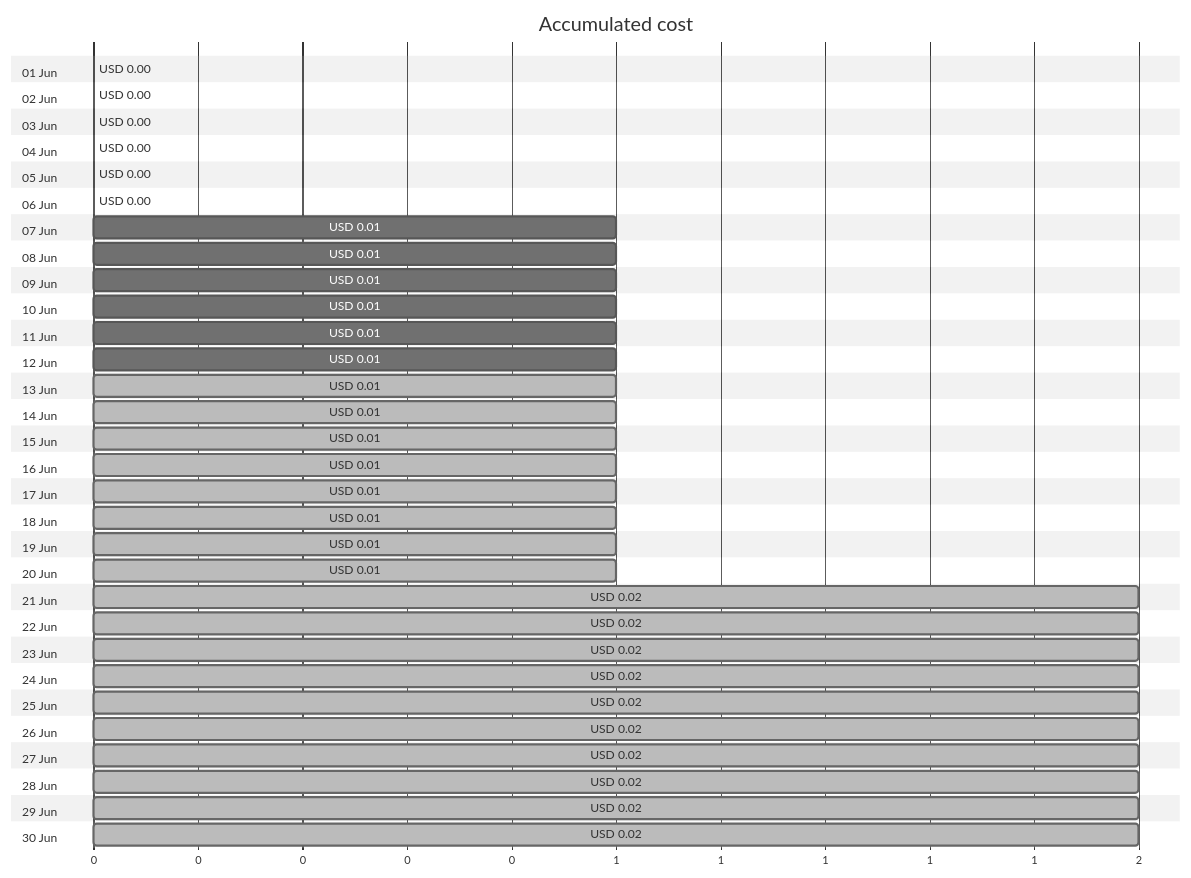
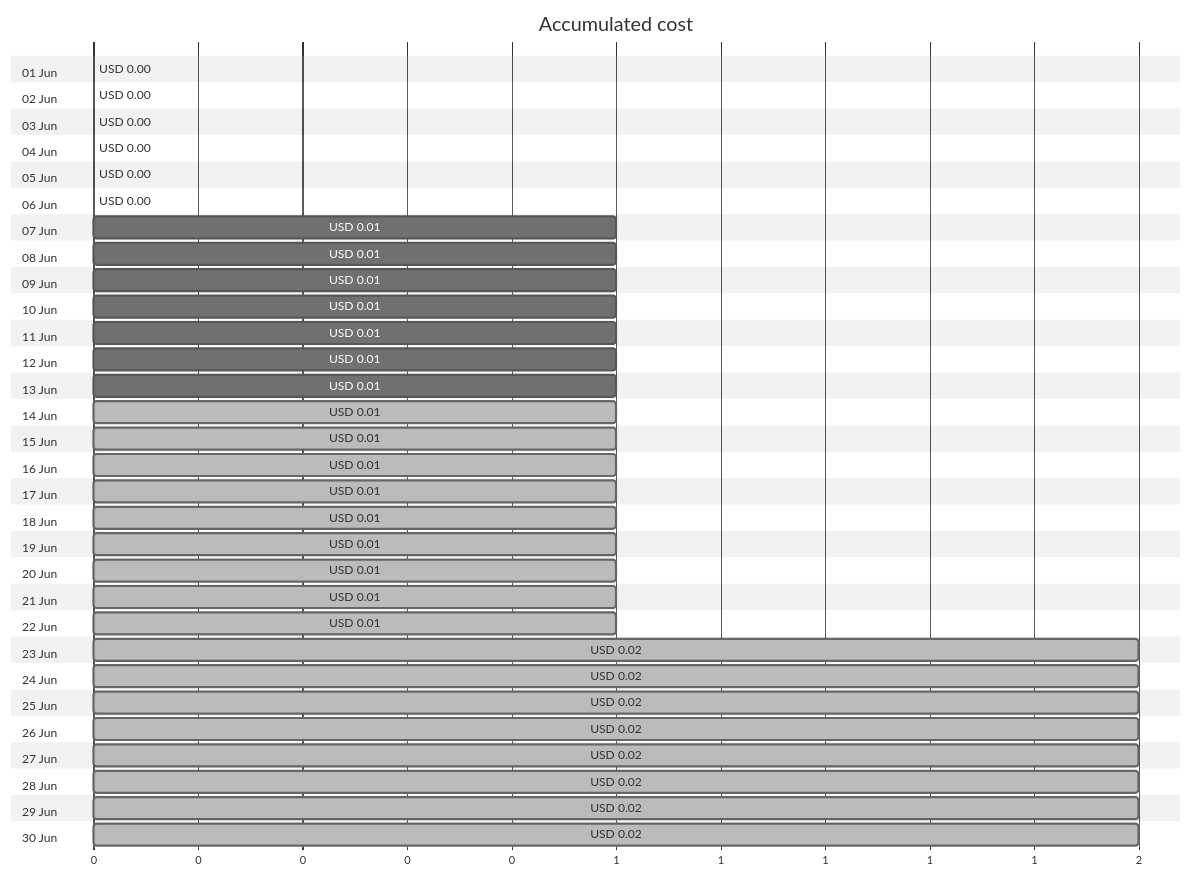
The first of 4 diagrams in cost-reports/personal-site/personalsiteapistorage.md (jpfulton/azure-personal-reports), drawn with Mermaid (neutral theme) before and after one commit. The commit also changed other lines of this file and 6 other files, not shown here.

````diff
--- a/cost-reports/personal-site/personalsiteapistorage.md
+++ b/cost-reports/personal-site/personalsiteapistorage.md
@@ -20,66 +20,66 @@
 ```mermaid
 gantt
    title Accumulated cost
    dateFormat  X
    axisFormat %s
    section 01 Jun
    USD 0.00 :0, 0
    section 02 Jun
    USD 0.00 :0, 0
    section 03 Jun
    USD 0.00 :0, 0
    section 04 Jun
    USD 0.00 :0, 0
    section 05 Jun
    USD 0.00 :0, 0
    section 06 Jun
    USD 0.00 :0, 0
    section 07 Jun
    USD 0.01 :0, 1
    section 08 Jun
    USD 0.01 :0, 1
    section 09 Jun
    USD 0.01 :0, 1
    section 10 Jun
    USD 0.01 :0, 1
    section 11 Jun
    USD 0.01 :0, 1
    section 12 Jun
    USD 0.01 :0, 1
    section 13 Jun
-   USD 0.01 : done, 0, 1
+   USD 0.01 :0, 1
    section 14 Jun
    USD 0.01 : done, 0, 1
    section 15 Jun
    USD 0.01 : done, 0, 1
    section 16 Jun
    USD 0.01 : done, 0, 1
    section 17 Jun
    USD 0.01 : done, 0, 1
    section 18 Jun
    USD 0.01 : done, 0, 1
    section 19 Jun
    USD 0.01 : done, 0, 1
    section 20 Jun
    USD 0.01 : done, 0, 1
    section 21 Jun
-   USD 0.02 : done, 0, 2
+   USD 0.01 : done, 0, 1
    section 22 Jun
-   USD 0.02 : done, 0, 2
+   USD 0.01 : done, 0, 1
    section 23 Jun
    USD 0.02 : done, 0, 2
    section 24 Jun
    USD 0.02 : done, 0, 2
    section 25 Jun
    USD 0.02 : done, 0, 2
    section 26 Jun
    USD 0.02 : done, 0, 2
    section 27 Jun
    USD 0.02 : done, 0, 2
    section 28 Jun
    USD 0.02 : done, 0, 2
    section 29 Jun
    USD 0.02 : done, 0, 2
    section 30 Jun
    USD 0.02 : done, 0, 2
 ```
````
